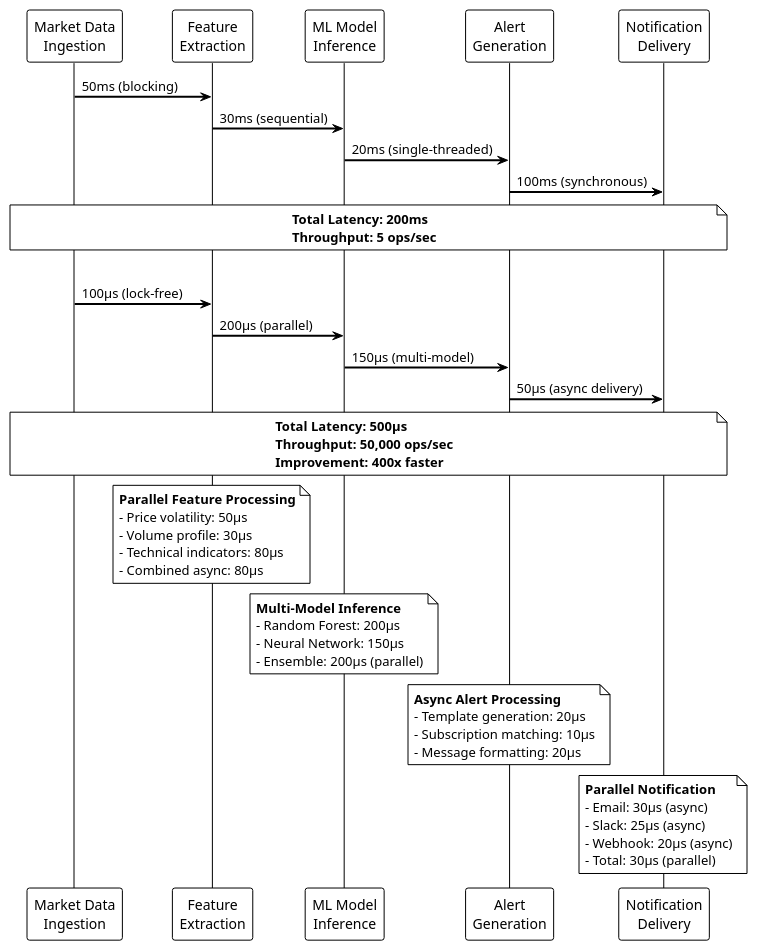
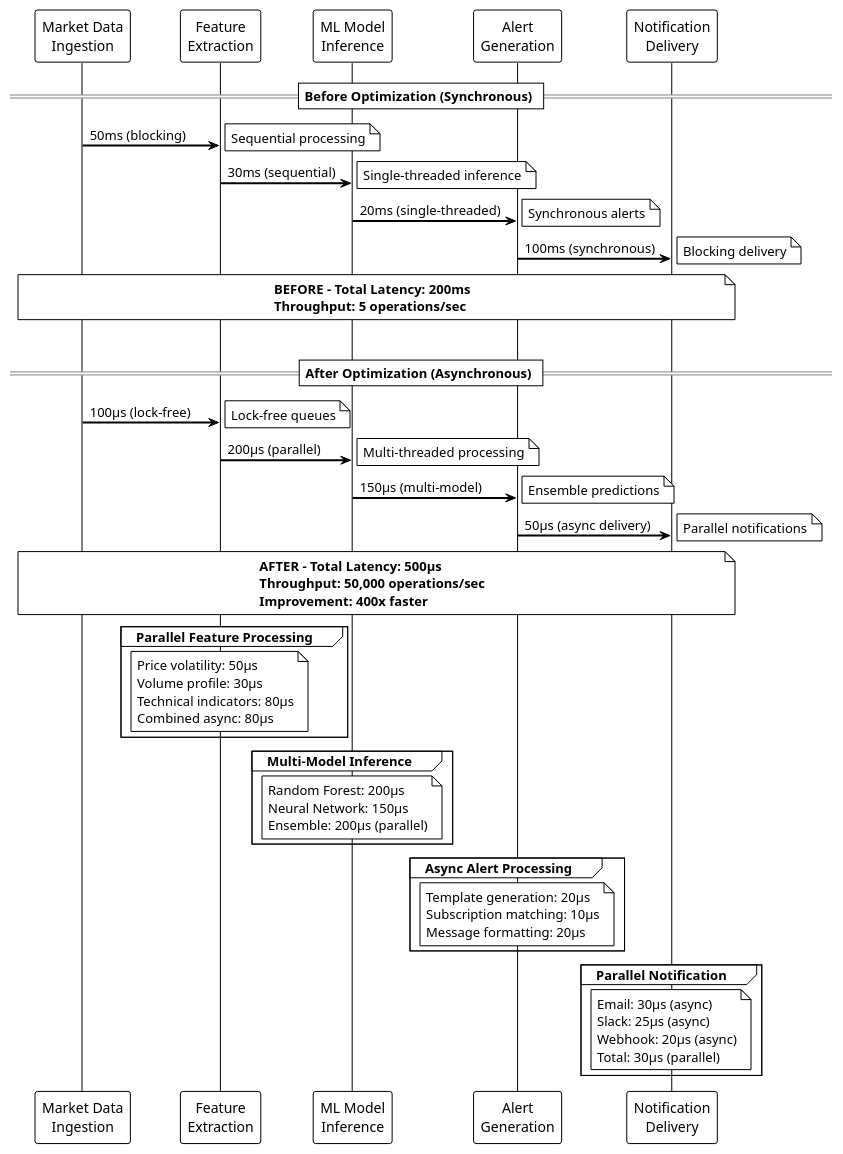
Before and after one commit to samadeep/samadeep.github.io: the ninth of 10 diagrams in _posts/2025-01-27-building-production-ready-async-cpp-hft-depeg-engine.md, drawn with PlantUML. The commit also changed other lines of this file and 1 other file, not shown here.

Commit message:
feat: plantuml fix

```diff
--- a/_posts/2025-01-27-building-production-ready-async-cpp-hft-depeg-engine.md
+++ b/_posts/2025-01-27-building-production-ready-async-cpp-hft-depeg-engine.md
@@ -1442,71 +1403,81 @@
 {% plantuml %}
 @startuml PerformanceOptimizationTimeline
 !theme plain
 skinparam participantPadding 20
-skinparam boxPadding 10
 skinparam sequenceArrowThickness 2
 
 participant "Market Data\nIngestion" as MDI
 participant "Feature\nExtraction" as FE
 participant "ML Model\nInference" as MLI
 participant "Alert\nGeneration" as AG
 participant "Notification\nDelivery" as ND
 
-box "Before Optimization (Sync)" #FFE4E6
-    MDI -> FE: 50ms (blocking)
-    FE -> MLI: 30ms (sequential)
-    MLI -> AG: 20ms (single-threaded)
-    AG -> ND: 100ms (synchronous)
-    note over MDI, ND
-        **Total Latency: 200ms**
-        **Throughput: 5 ops/sec**
-    end note
-end box
+== Before Optimization (Synchronous) ==
+MDI -> FE: 50ms (blocking)
+note right: Sequential processing
+FE -> MLI: 30ms (sequential)
+note right: Single-threaded inference
+MLI -> AG: 20ms (single-threaded)
+note right: Synchronous alerts
+AG -> ND: 100ms (synchronous)
+note right: Blocking delivery
+
+note over MDI, ND
+  **BEFORE - Total Latency: 200ms**
+  **Throughput: 5 operations/sec**
+end note
 
 |||
 
-box "After Optimization (Async)" #E6FFE6
-    MDI -> FE: 100μs (lock-free)
-    FE -> MLI: 200μs (parallel)
-    MLI -> AG: 150μs (multi-model)
-    AG -> ND: 50μs (async delivery)
-    
-    note over MDI, ND
-        **Total Latency: 500μs**
-        **Throughput: 50,000 ops/sec**
-        **Improvement: 400x faster**
-    end note
-    
-    note over FE
-        **Parallel Feature Processing**
-        - Price volatility: 50μs
-        - Volume profile: 30μs  
-        - Technical indicators: 80μs
-        - Combined async: 80μs
-    end note
-    
-    note over MLI
-        **Multi-Model Inference**
-        - Random Forest: 200μs
-        - Neural Network: 150μs
-        - Ensemble: 200μs (parallel)
-    end note
-    
-    note over AG
-        **Async Alert Processing**
-        - Template generation: 20μs
-        - Subscription matching: 10μs
-        - Message formatting: 20μs
-    end note
-    
-    note over ND
-        **Parallel Notification**
-        - Email: 30μs (async)
-        - Slack: 25μs (async)
-        - Webhook: 20μs (async)
-        - Total: 30μs (parallel)
-    end note
-end box
+== After Optimization (Asynchronous) ==
+MDI -> FE: 100μs (lock-free)
+note right: Lock-free queues
+FE -> MLI: 200μs (parallel)
+note right: Multi-threaded processing
+MLI -> AG: 150μs (multi-model)
+note right: Ensemble predictions
+AG -> ND: 50μs (async delivery)
+note right: Parallel notifications
+
+note over MDI, ND
+  **AFTER - Total Latency: 500μs**
+  **Throughput: 50,000 operations/sec**
+  **Improvement: 400x faster**
+end note
+
+group Parallel Feature Processing
+  note over FE
+    Price volatility: 50μs
+    Volume profile: 30μs  
+    Technical indicators: 80μs
+    Combined async: 80μs
+  end note
+end
+
+group Multi-Model Inference
+  note over MLI
+    Random Forest: 200μs
+    Neural Network: 150μs
+    Ensemble: 200μs (parallel)
+  end note
+end
+
+group Async Alert Processing
+  note over AG
+    Template generation: 20μs
+    Subscription matching: 10μs
+    Message formatting: 20μs
+  end note
+end
+
+group Parallel Notification
+  note over ND
+    Email: 30μs (async)
+    Slack: 25μs (async)
+    Webhook: 20μs (async)
+    Total: 30μs (parallel)
+  end note
+end
 
 @enduml
 {% endplantuml %}
```
